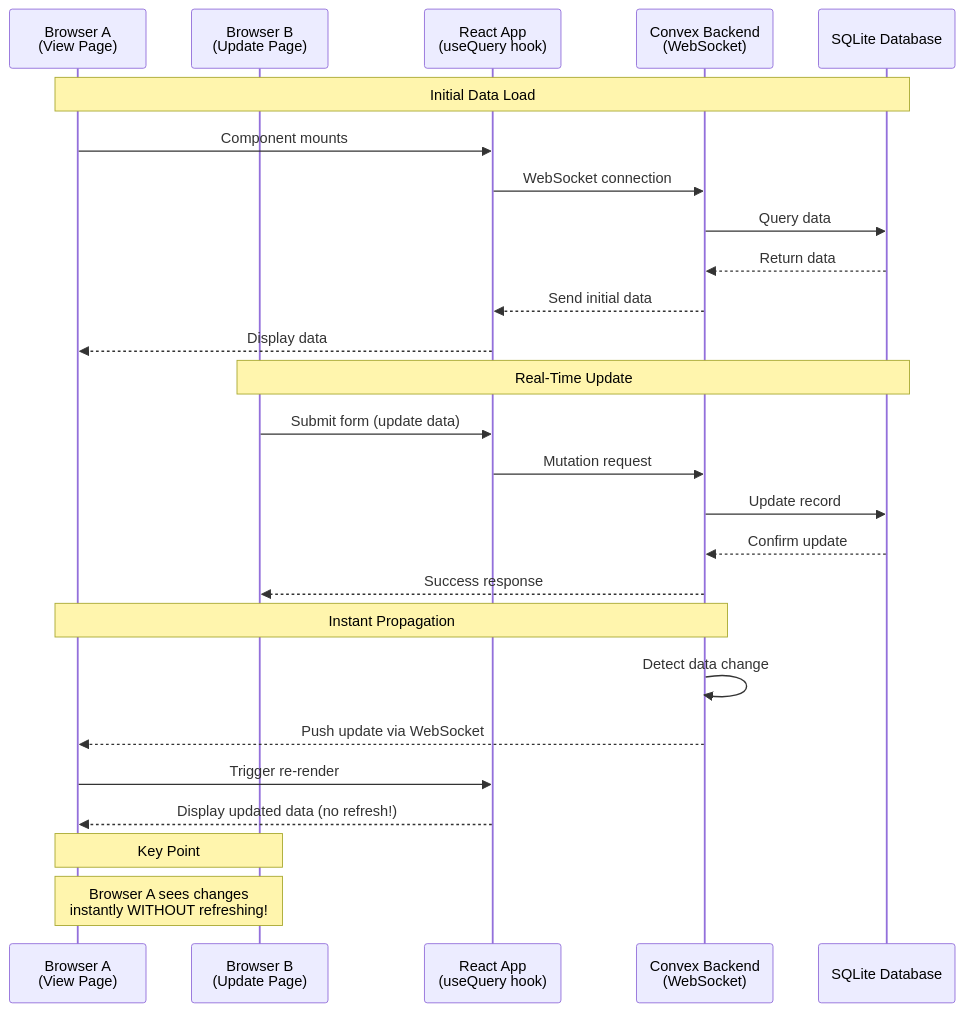
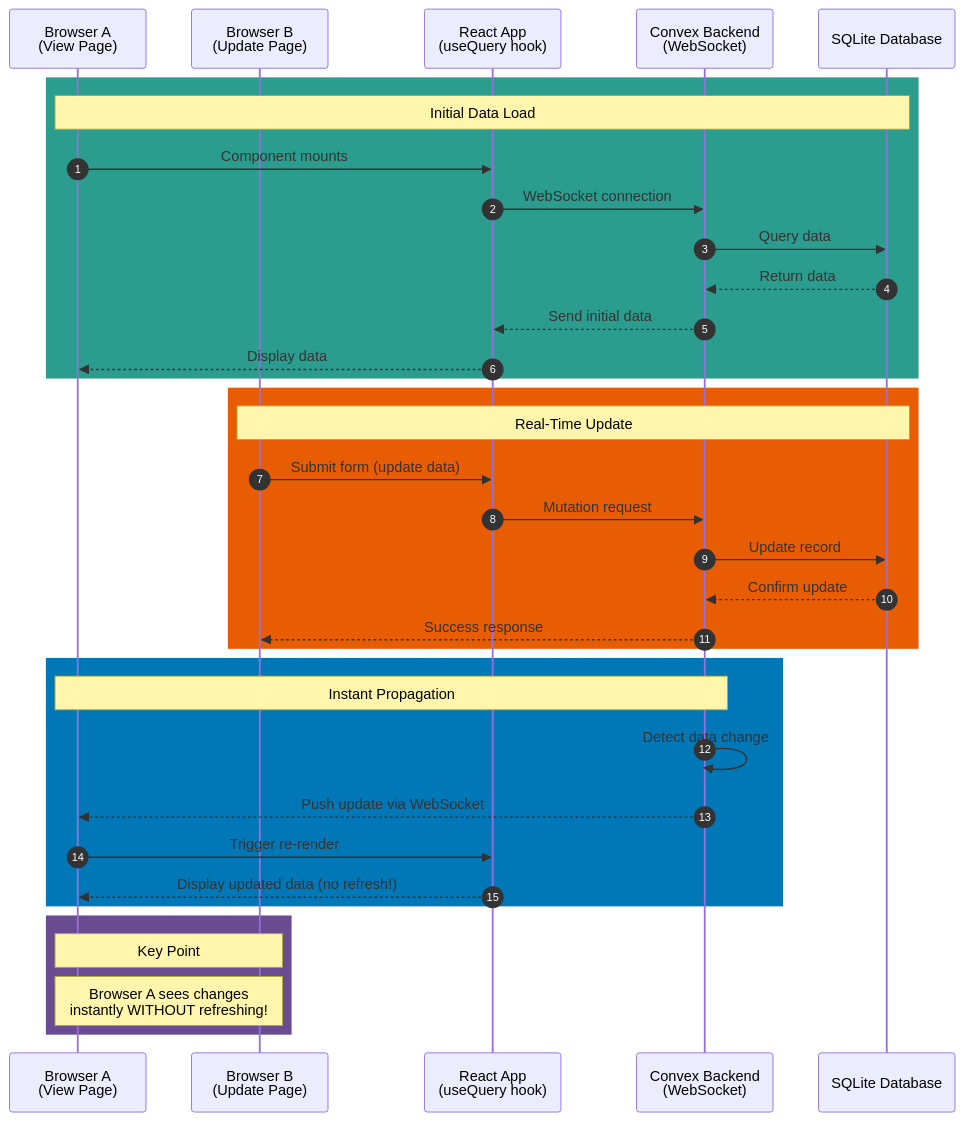
The second of 2 diagrams in README.md (whezagl/convex-poc), drawn with Mermaid before and after one commit. The commit also changed other lines of this file, not shown here.

Commit message:
fix: improve mermaid diagram color contrast for accessibility in README
- Updated Architecture Overview diagram with high-contrast colors
- Added colored rect backgrounds to Real-Time Data Flow sequence diagram
- Applied WCAG-compliant color palette with white text on dark backgrounds
- Enhanced visual distinction between components and phases

````diff
--- a/README.md
+++ b/README.md
@@ -59,32 +61,41 @@
 ```mermaid
 sequenceDiagram
+    autonumber
     participant BrowserA as Browser A<br/>(View Page)
     participant BrowserB as Browser B<br/>(Update Page)
     participant React as React App<br/>(useQuery hook)
     participant Convex as Convex Backend<br/>(WebSocket)
     participant DB as SQLite Database
 
-    Note over BrowserA,DB: Initial Data Load
-    BrowserA->>React: Component mounts
-    React->>Convex: WebSocket connection
-    Convex->>DB: Query data
-    DB-->>Convex: Return data
-    Convex-->>React: Send initial data
-    React-->>BrowserA: Display data
+    rect rgb(42, 157, 143)
+        Note over BrowserA,DB: Initial Data Load
+        BrowserA->>React: Component mounts
+        React->>Convex: WebSocket connection
+        Convex->>DB: Query data
+        DB-->>Convex: Return data
+        Convex-->>React: Send initial data
+        React-->>BrowserA: Display data
+    end
 
-    Note over BrowserB,DB: Real-Time Update
-    BrowserB->>React: Submit form (update data)
-    React->>Convex: Mutation request
-    Convex->>DB: Update record
-    DB-->>Convex: Confirm update
-    Convex-->>BrowserB: Success response
+    rect rgb(232, 93, 4)
+        Note over BrowserB,DB: Real-Time Update
+        BrowserB->>React: Submit form (update data)
+        React->>Convex: Mutation request
+        Convex->>DB: Update record
+        DB-->>Convex: Confirm update
+        Convex-->>BrowserB: Success response
+    end
 
-    Note over Convex,BrowserA: Instant Propagation
-    Convex->>Convex: Detect data change
-    Convex-->>BrowserA: Push update via WebSocket
-    BrowserA->>React: Trigger re-render
-    React-->>BrowserA: Display updated data (no refresh!)
+    rect rgb(0, 119, 182)
+        Note over Convex,BrowserA: Instant Propagation
+        Convex->>Convex: Detect data change
+        Convex-->>BrowserA: Push update via WebSocket
+        BrowserA->>React: Trigger re-render
+        React-->>BrowserA: Display updated data (no refresh!)
+    end
 
-    Note over BrowserA,BrowserB: Key Point
-    Note over BrowserA,BrowserB: Browser A sees changes<br/>instantly WITHOUT refreshing!
+    rect rgb(106, 76, 147)
+        Note over BrowserA,BrowserB: Key Point
+        Note over BrowserA,BrowserB: Browser A sees changes<br/>instantly WITHOUT refreshing!
+    end
 ```
````
